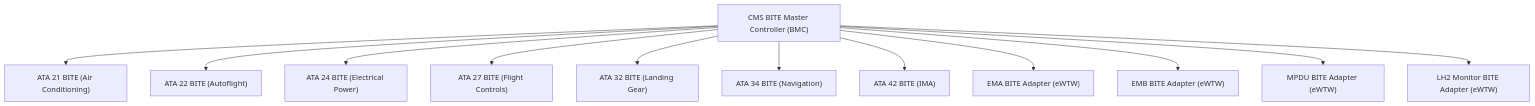
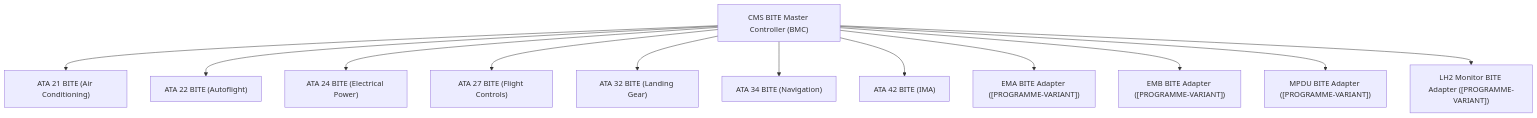
The first of 3 diagrams in Q+ATLANTIDE/000-099_ATLAS/040-049_Avionica-Informacion-y-APU/045_Central-Maintenance-System/045-050-BITE-Interfaces-and-System-Test-Coordination.md (AmedeoPelliccia/Qplus-For-All-Queer-People-and-Quantum), drawn with Mermaid before and after one commit. The commit also changed other lines of this file and 676 other files, not shown here.

First line of the commit message:
feat: de-programmatize all ATLAS standard files — remove AMPEL360E/eWTW programme content

````diff
--- a/Q+ATLANTIDE/000-099_ATLAS/040-049_Avionica-Informacion-y-APU/045_Central-Maintenance-System/045-050-BITE-Interfaces-and-System-Test-Coordination.md
+++ b/Q+ATLANTIDE/000-099_ATLAS/040-049_Avionica-Informacion-y-APU/045_Central-Maintenance-System/045-050-BITE-Interfaces-and-System-Test-Coordination.md
@@ -90,15 +92,15 @@
 ```mermaid
 graph TD
     BMC["CMS BITE Master Controller (BMC)"]
     BMC --> A21["ATA 21 BITE (Air Conditioning)"]
     BMC --> A22["ATA 22 BITE (Autoflight)"]
     BMC --> A24["ATA 24 BITE (Electrical Power)"]
     BMC --> A27["ATA 27 BITE (Flight Controls)"]
     BMC --> A32["ATA 32 BITE (Landing Gear)"]
     BMC --> A34["ATA 34 BITE (Navigation)"]
     BMC --> A42["ATA 42 BITE (IMA)"]
-    BMC --> EMA["EMA BITE Adapter (eWTW)"]
-    BMC --> EMB["EMB BITE Adapter (eWTW)"]
-    BMC --> MPDU["MPDU BITE Adapter (eWTW)"]
-    BMC --> LH2["LH2 Monitor BITE Adapter (eWTW)"]
+    BMC --> EMA["EMA BITE Adapter ([PROGRAMME-VARIANT])"]
+    BMC --> EMB["EMB BITE Adapter ([PROGRAMME-VARIANT])"]
+    BMC --> MPDU["MPDU BITE Adapter ([PROGRAMME-VARIANT])"]
+    BMC --> LH2["LH2 Monitor BITE Adapter ([PROGRAMME-VARIANT])"]
 ```
````
